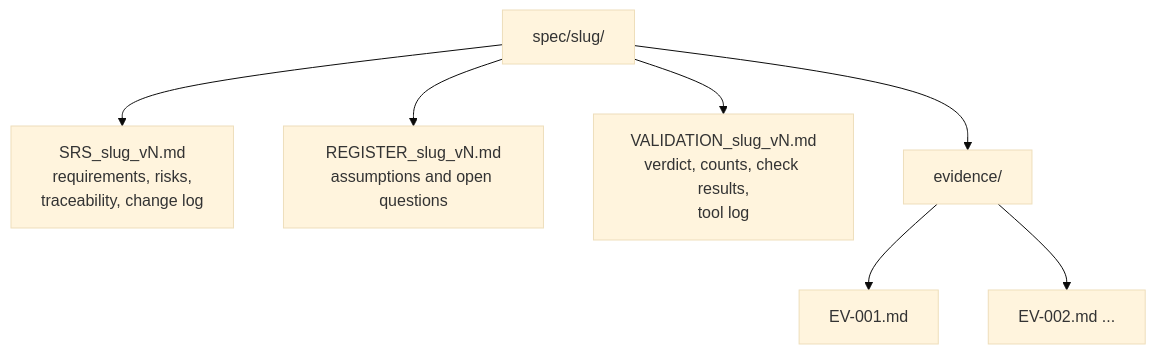
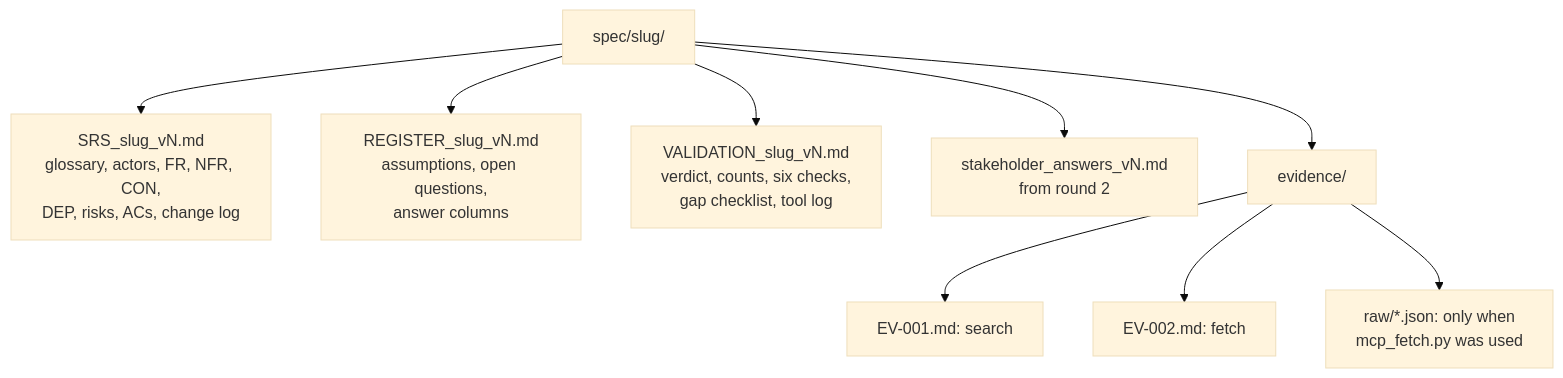
Before and after one commit to Anilkumark17/MCP-Skill-integration: diagram 11 of 12 in README.md, drawn with Mermaid (base theme). The commit also changed other lines of this file and 15 other files, not shown here.

````diff
--- a/README.md
+++ b/README.md
@@ -116,9 +225,11 @@
 ```mermaid
 flowchart TD
-    R[spec/slug/] --> SRS[SRS_slug_vN.md<br/>requirements, risks,<br/>traceability, change log]
-    R --> REG[REGISTER_slug_vN.md<br/>assumptions and open questions]
-    R --> VAL[VALIDATION_slug_vN.md<br/>verdict, counts, check results,<br/>tool log]
-    R --> EVD[evidence/]
-    EVD --> E1[EV-001.md]
-    EVD --> E2[EV-002.md ...]
+    R["spec/slug/"] --> SRS["SRS_slug_vN.md<br/>glossary, actors, FR, NFR, CON,<br/>DEP, risks, ACs, change log"]
+    R --> REG["REGISTER_slug_vN.md<br/>assumptions, open questions,<br/>answer columns"]
+    R --> VAL["VALIDATION_slug_vN.md<br/>verdict, counts, six checks,<br/>gap checklist, tool log"]
+    R --> ANS["stakeholder_answers_vN.md<br/>from round 2"]
+    R --> EVD["evidence/"]
+    EVD --> E1["EV-001.md: search"]
+    EVD --> E2["EV-002.md: fetch"]
+    EVD --> RAW["raw/*.json: only when<br/>mcp_fetch.py was used"]
 ```
````
